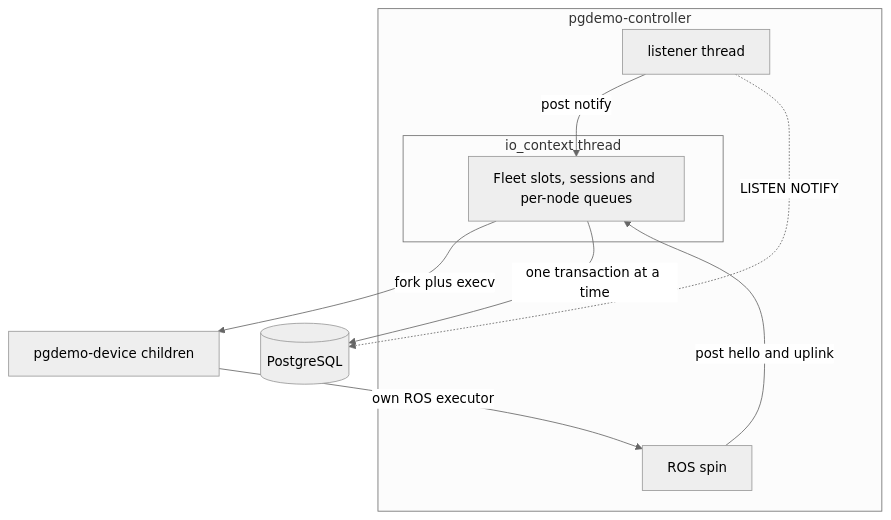
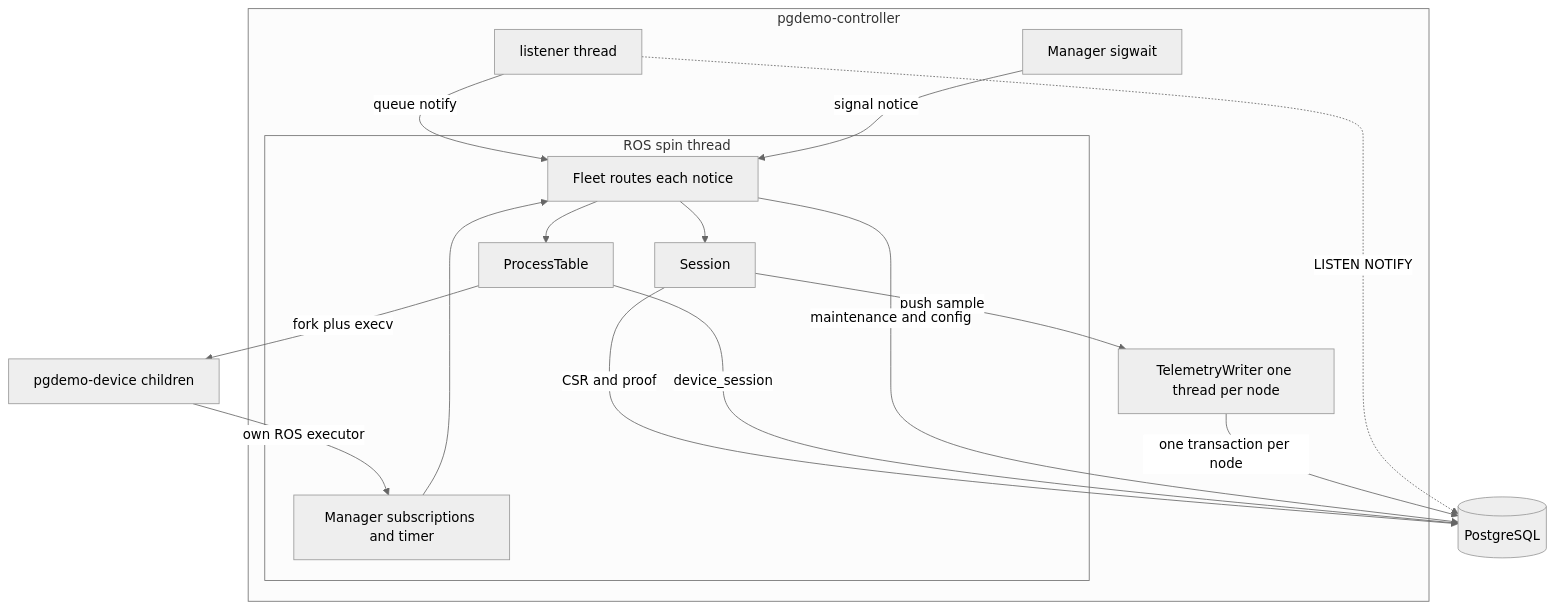
One commit to jgmatu/postgresql changed the first of 3 diagrams in controller/README.md. Above: the diagram before and after it, drawn with Mermaid (neutral theme). The commit also changed other lines of this file and 3 other files, not shown here.

Commit message:
Document the controller's POSIX queues and the split between Fleet, the process table and the session.

````diff
--- a/controller/README.md
+++ b/controller/README.md
@@ -25,19 +31,30 @@
 ```mermaid
 flowchart TB
     subgraph ctl [pgdemo-controller]
         listener[listener thread]
-        ros[ROS spin]
-        subgraph ioThread [io_context thread]
-            fleet[Fleet slots, sessions and per-node queues]
+        sigwait[Manager sigwait]
+        subgraph spinThread [ROS spin thread]
+            manager[Manager subscriptions and timer]
+            fleet[Fleet routes each notice]
+            table[ProcessTable]
+            session[Session]
+            manager --> fleet
+            fleet --> table
+            fleet --> session
         end
+        writer[TelemetryWriter one thread per node]
     end
     pg[(PostgreSQL)]
     devices[pgdemo-device children]
 
-    listener -->|post notify| fleet
-    ros -->|post hello and uplink| fleet
-    fleet -->|one transaction at a time| pg
+    listener -->|queue notify| fleet
+    sigwait -->|signal notice| fleet
+    session -->|push sample| writer
+    writer -->|one transaction per node| pg
+    session -->|CSR and proof| pg
+    table -->|device_session| pg
+    fleet -->|maintenance and config| pg
     listener -.->|LISTEN NOTIFY| pg
-    fleet -->|fork plus execv| devices
-    devices -->|own ROS executor| ros
+    table -->|fork plus execv| devices
+    devices -->|own ROS executor| manager
 ```
````
